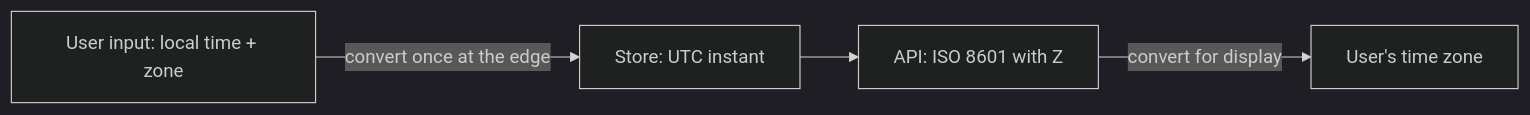
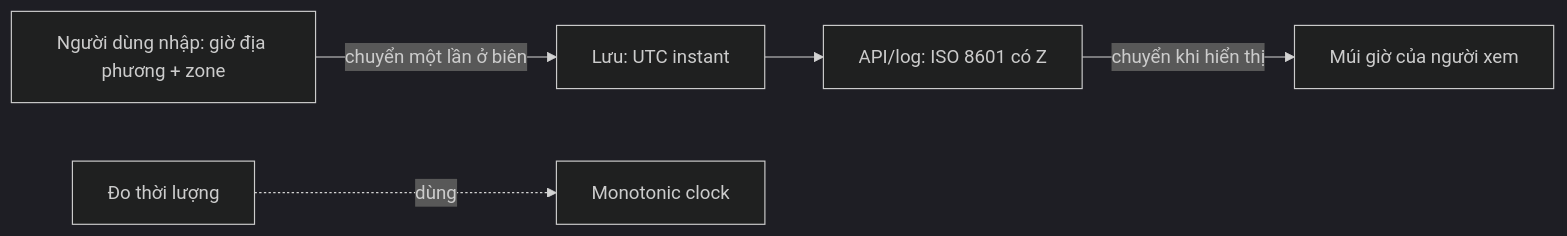
The diagram in src/assets/knowledge/playbooks/fundamentals/time-timezones-clocks.md (passion-Infinity/personal-tech-playbook), drawn with Mermaid (dark theme) before and after one commit. The commit also changed other lines of this file and 5 other files, not shown here.

````diff
--- a/src/assets/knowledge/playbooks/fundamentals/time-timezones-clocks.md
+++ b/src/assets/knowledge/playbooks/fundamentals/time-timezones-clocks.md
@@ -23,6 +40,7 @@
 ```mermaid
 flowchart LR
-    U["User input: local time + zone"] -->|"convert once at the edge"| UTC["Store: UTC instant"]
-    UTC --> API["API: ISO 8601 with Z"]
-    API -->|"convert for display"| V["User's time zone"]
+    U["Người dùng nhập: giờ địa phương + zone"] -->|"chuyển một lần ở biên"| UTC["Lưu: UTC instant"]
+    UTC --> API["API/log: ISO 8601 có Z"]
+    API -->|"chuyển khi hiển thị"| V["Múi giờ của người xem"]
+    T["Đo thời lượng"] -.->|"dùng"| M["Monotonic clock"]
 ```
````
